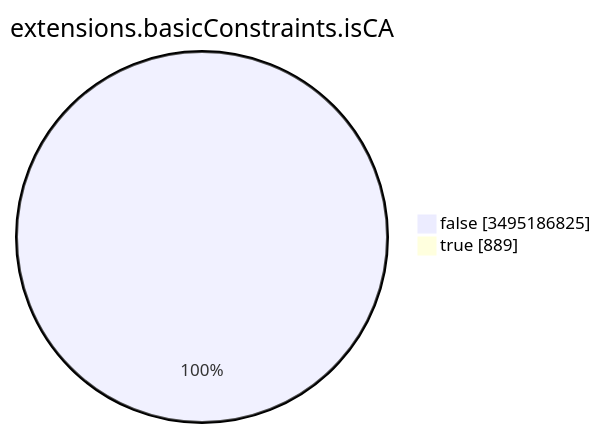
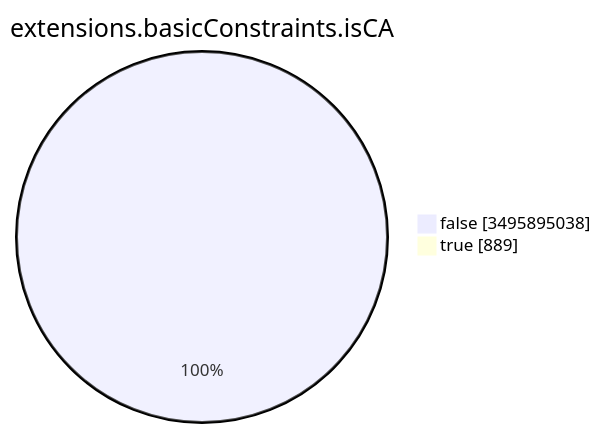
Before and after one commit to christiankrug/ctmonitor_visualization: the seventh of 15 diagrams in TOTAL/README.md, drawn with Mermaid. The commit also changed other lines of this file, not shown here.

````diff
--- a/TOTAL/README.md
+++ b/TOTAL/README.md
@@ -3093,6 +3093,6 @@
 ```mermaid
 pie showData
 title extensions.basicConstraints.isCA
-"false" :3495186825
+"false" :3495895038
 "true" :889
 ```
````
